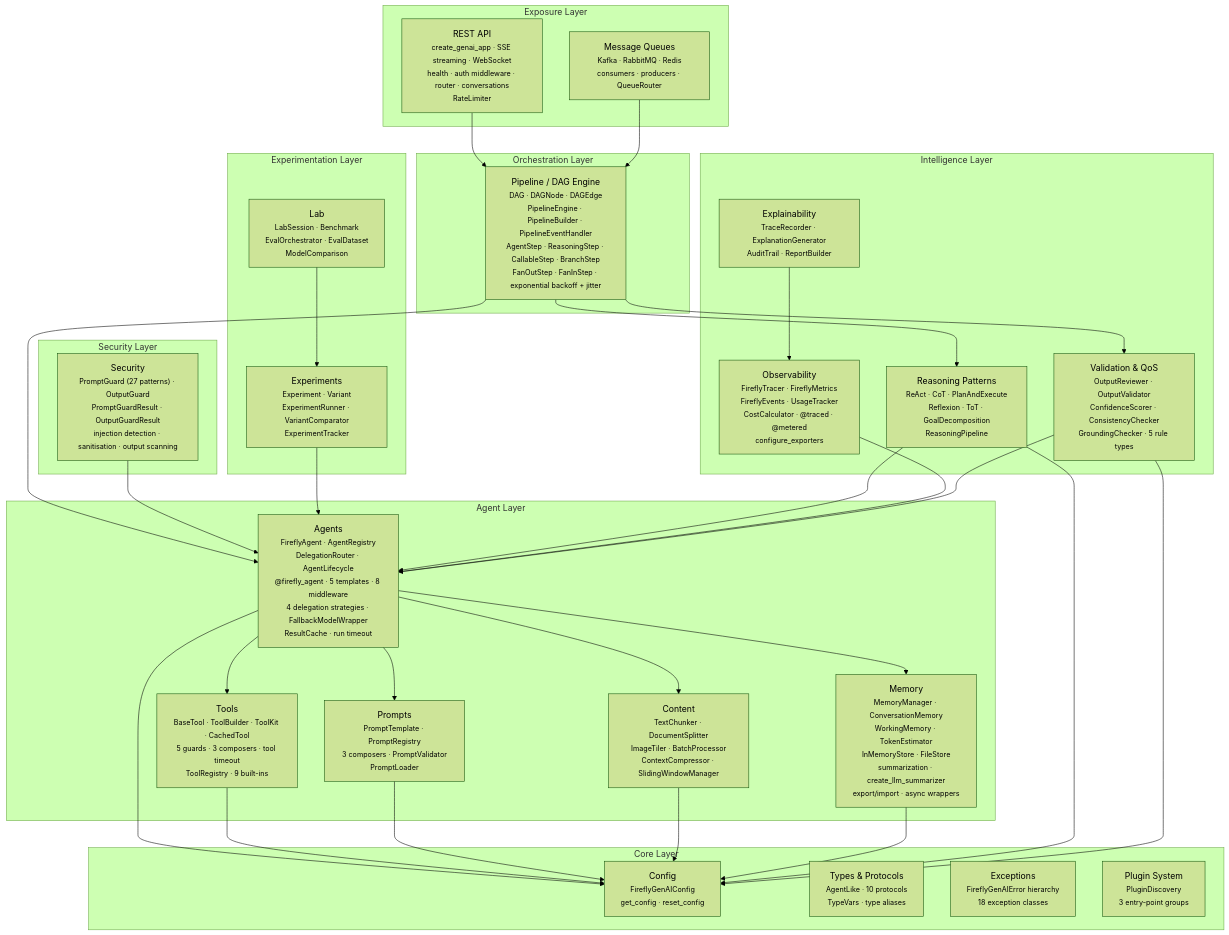
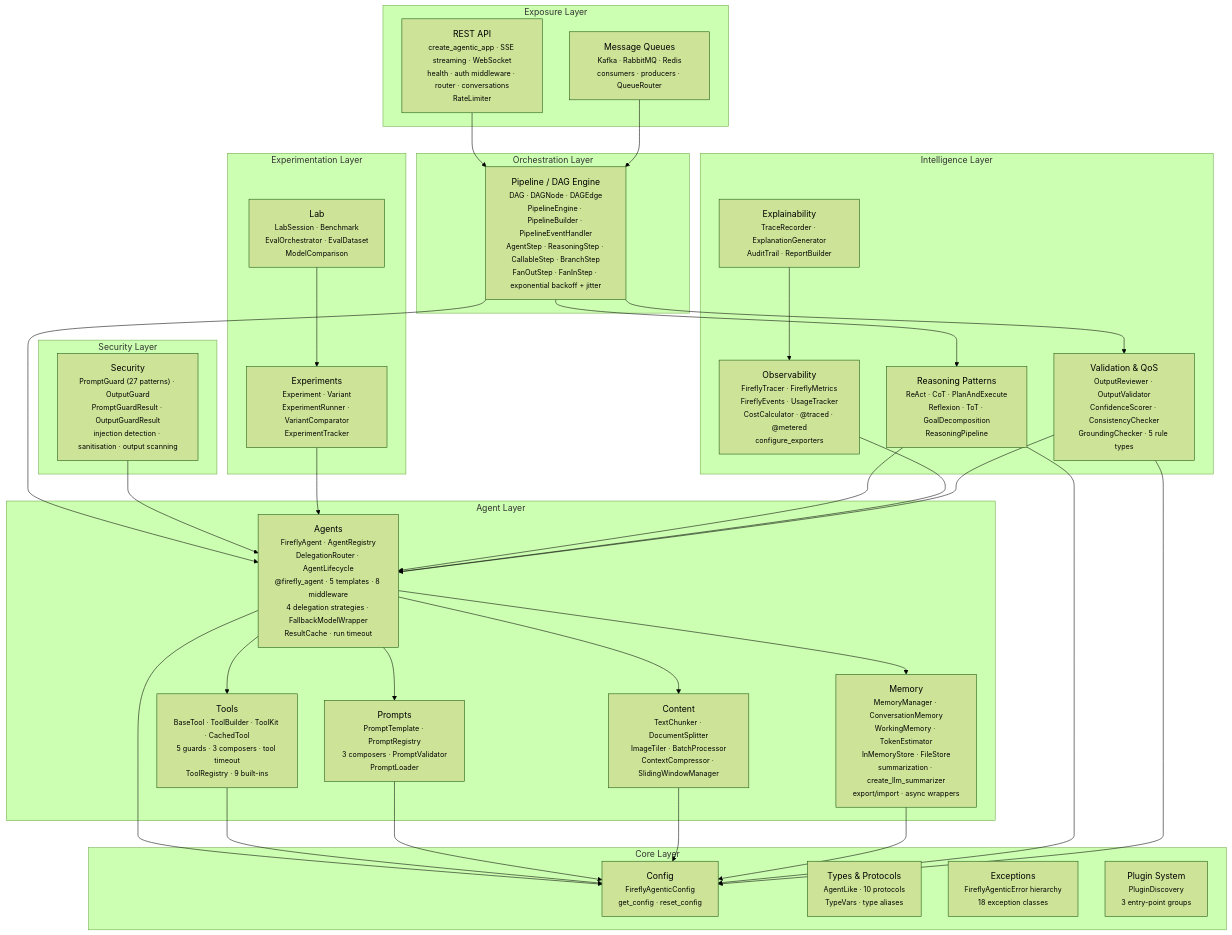
One commit to fireflyframework/fireflyframework-genai changed the first of 7 diagrams in docs/architecture.md. Above: the diagram before and after it, drawn with Mermaid (forest theme). The commit also changed other lines of this file and 576 other files, not shown here.

First line of the commit message:
refactor: rename fireflyframework-genai to fireflyframework-agentic

````diff
--- a/docs/architecture.md
+++ b/docs/architecture.md
@@ -33,66 +33,66 @@
 ```mermaid
 graph TD
     subgraph Exposure Layer
-        REST["REST API<br/><small>create_genai_app · SSE streaming · WebSocket<br/>health · auth middleware · router · conversations<br/>RateLimiter</small>"]
+        REST["REST API<br/><small>create_agentic_app · SSE streaming · WebSocket<br/>health · auth middleware · router · conversations<br/>RateLimiter</small>"]
         QUEUES["Message Queues<br/><small>Kafka · RabbitMQ · Redis<br/>consumers · producers · QueueRouter</small>"]
     end
 
     subgraph Orchestration Layer
         PIPE["Pipeline / DAG Engine<br/><small>DAG · DAGNode · DAGEdge<br/>PipelineEngine · PipelineBuilder · PipelineEventHandler<br/>AgentStep · ReasoningStep · CallableStep · BranchStep<br/>FanOutStep · FanInStep · exponential backoff + jitter</small>"]
     end
 
     subgraph Experimentation Layer
         EXP["Experiments<br/><small>Experiment · Variant<br/>ExperimentRunner · VariantComparator<br/>ExperimentTracker</small>"]
         LAB["Lab<br/><small>LabSession · Benchmark<br/>EvalOrchestrator · EvalDataset<br/>ModelComparison</small>"]
     end
 
     subgraph Intelligence Layer
         REASON["Reasoning Patterns<br/><small>ReAct · CoT · PlanAndExecute<br/>Reflexion · ToT · GoalDecomposition<br/>ReasoningPipeline</small>"]
         VAL["Validation & QoS<br/><small>OutputReviewer · OutputValidator<br/>ConfidenceScorer · ConsistencyChecker<br/>GroundingChecker · 5 rule types</small>"]
         OBS["Observability<br/><small>FireflyTracer · FireflyMetrics<br/>FireflyEvents · UsageTracker<br/>CostCalculator · @traced · @metered<br/>configure_exporters</small>"]
         EXPL["Explainability<br/><small>TraceRecorder · ExplanationGenerator<br/>AuditTrail · ReportBuilder</small>"]
     end
 
     subgraph Security Layer
         SEC["Security<br/><small>PromptGuard (27 patterns) · OutputGuard<br/>PromptGuardResult · OutputGuardResult<br/>injection detection · sanitisation · output scanning</small>"]
     end
 
     subgraph Agent Layer
         AGT["Agents<br/><small>FireflyAgent · AgentRegistry<br/>DelegationRouter · AgentLifecycle<br/>@firefly_agent · 5 templates · 8 middleware<br/>4 delegation strategies · FallbackModelWrapper<br/>ResultCache · run timeout</small>"]
         TOOLS["Tools<br/><small>BaseTool · ToolBuilder · ToolKit · CachedTool<br/>5 guards · 3 composers · tool timeout<br/>ToolRegistry · 9 built-ins</small>"]
         PROMPTS["Prompts<br/><small>PromptTemplate · PromptRegistry<br/>3 composers · PromptValidator<br/>PromptLoader</small>"]
         CONTENT["Content<br/><small>TextChunker · DocumentSplitter<br/>ImageTiler · BatchProcessor<br/>ContextCompressor · SlidingWindowManager</small>"]
         MEM["Memory<br/><small>MemoryManager · ConversationMemory<br/>WorkingMemory · TokenEstimator<br/>InMemoryStore · FileStore<br/>summarization · create_llm_summarizer<br/>export/import · async wrappers</small>"]
     end
 
     subgraph Core Layer
-        CFG["Config<br/><small>FireflyGenAIConfig<br/>get_config · reset_config</small>"]
+        CFG["Config<br/><small>FireflyAgenticConfig<br/>get_config · reset_config</small>"]
         TYPES["Types & Protocols<br/><small>AgentLike · 10 protocols<br/>TypeVars · type aliases</small>"]
-        EXC["Exceptions<br/><small>FireflyGenAIError hierarchy<br/>18 exception classes</small>"]
+        EXC["Exceptions<br/><small>FireflyAgenticError hierarchy<br/>18 exception classes</small>"]
         PLUG["Plugin System<br/><small>PluginDiscovery<br/>3 entry-point groups</small>"]
     end
 
     REST --> PIPE
     QUEUES --> PIPE
     PIPE --> AGT
     PIPE --> REASON
     PIPE --> VAL
     SEC --> AGT
     LAB --> EXP
     EXP --> AGT
     REASON --> AGT
     OBS --> AGT
     EXPL --> OBS
     VAL --> AGT
     AGT --> TOOLS
     AGT --> PROMPTS
     AGT --> CONTENT
     AGT --> MEM
     AGT --> CFG
     TOOLS --> CFG
     PROMPTS --> CFG
     CONTENT --> CFG
     MEM --> CFG
     REASON --> CFG
     VAL --> CFG
 ```
````
